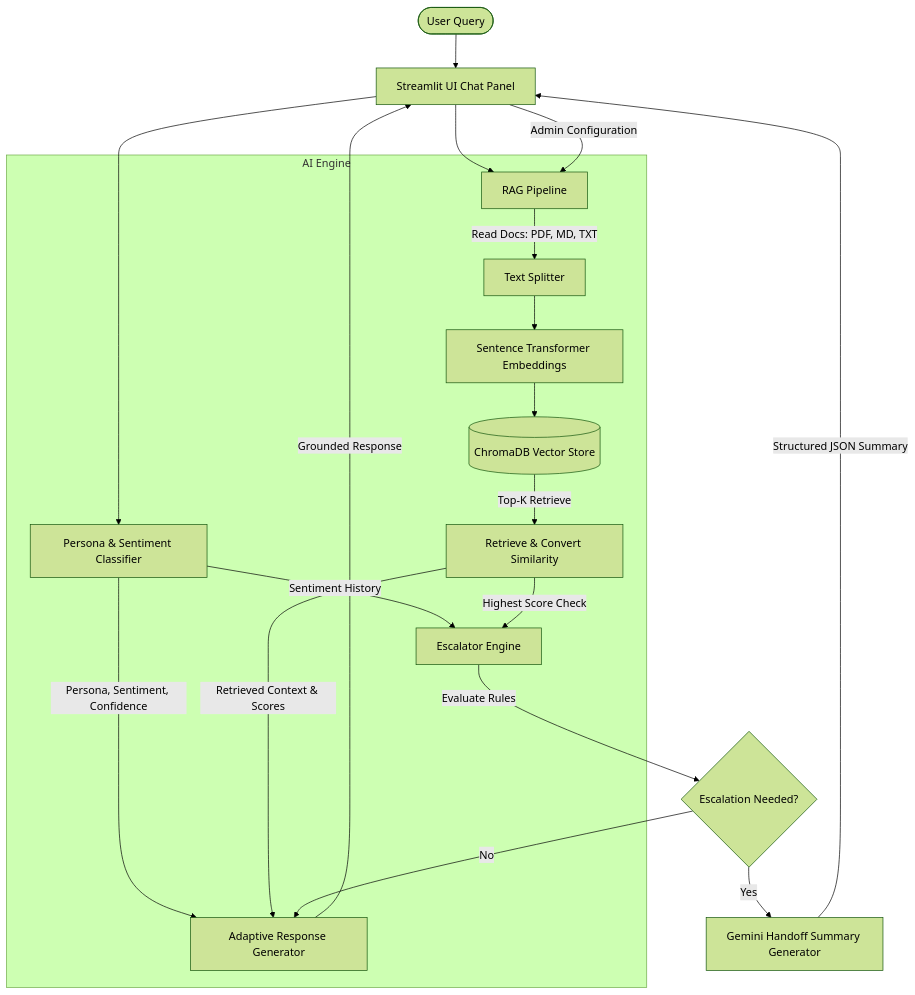
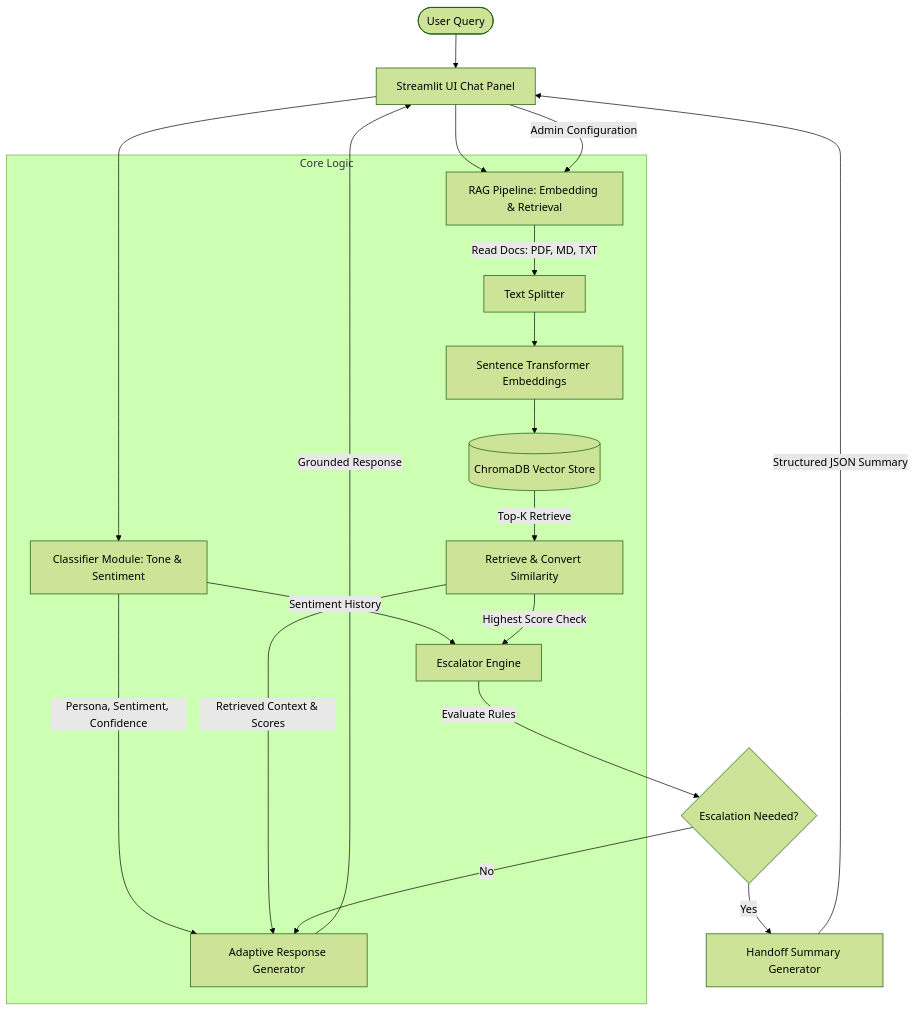
The diagram in README.md (Chakri-kollepara-5/Persona-Adaptive-Customer), drawn with Mermaid (forest theme) before and after one commit. The commit also changed other lines of this file, not shown here.

````diff
--- a/README.md
+++ b/README.md
@@ -45,27 +13,27 @@
 ```mermaid
 graph TD
     User([User Query]) --> UI[Streamlit UI Chat Panel]
-    UI --> Classifier[Persona & Sentiment Classifier]
-    UI --> RAG[RAG Pipeline]
+    UI --> Classifier[Classifier Module: Tone & Sentiment]
+    UI --> RAG[RAG Pipeline: Embedding & Retrieval]
     
-    subgraph AI Engine
+    subgraph Core Logic
         Classifier -->|Persona, Sentiment, Confidence| Gen[Adaptive Response Generator]
         Classifier -->|Sentiment History| Esc[Escalator Engine]
         
         RAG -->|Read Docs: PDF, MD, TXT| Splitter[Text Splitter]
         Splitter --> Embeddings[Sentence Transformer Embeddings]
         Embeddings --> Chroma[(ChromaDB Vector Store)]
         Chroma -->|Top-K Retrieve| Retrieve[Retrieve & Convert Similarity]
         Retrieve -->|Retrieved Context & Scores| Gen
         Retrieve -->|Highest Score Check| Esc
     end
 
     UI -->|Admin Configuration| RAG
     
     Esc -->|Evaluate Rules| Decision{Escalation Needed?}
     Decision -->|No| Gen
-    Decision -->|Yes| Summary[Gemini Handoff Summary Generator]
+    Decision -->|Yes| Summary[Handoff Summary Generator]
     
     Gen -->|Grounded Response| UI
     Summary -->|Structured JSON Summary| UI
 ```
````
